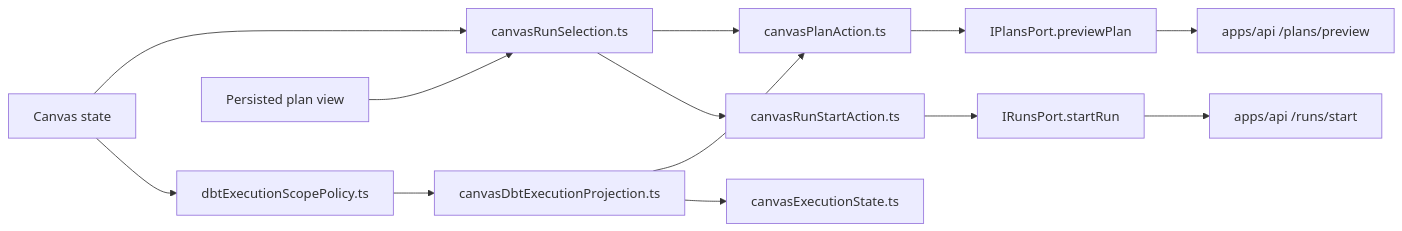
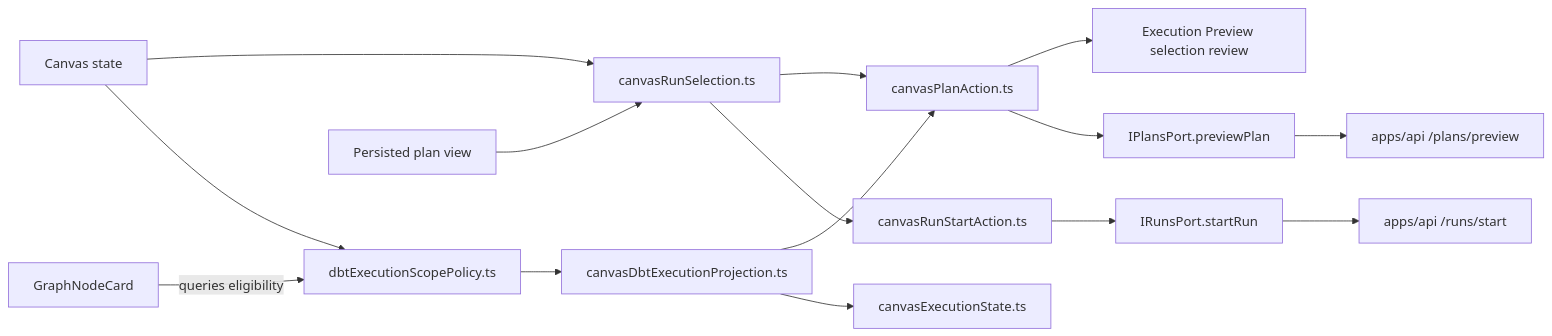
One commit to dunay2/dvt changed the first of 5 diagrams in docs/architecture/components/web/graph/canvas-execution-selection-component.md. Above: the diagram before and after it, drawn with Mermaid. The commit also changed other lines of this file and 1 other file, not shown here.

Commit message:
docs(web): Govern DBT selection intent integrity

````diff
--- a/docs/architecture/components/web/graph/canvas-execution-selection-component.md
+++ b/docs/architecture/components/web/graph/canvas-execution-selection-component.md
@@ -90,15 +105,17 @@
 ```mermaid
 flowchart LR
   Canvas["Canvas state"] --> Selection["canvasRunSelection.ts"]
   Canvas --> DbtPolicy["dbtExecutionScopePolicy.ts"]
+  Card["GraphNodeCard"] -->|queries eligibility| DbtPolicy
   Plan["Persisted plan view"] --> Selection
   Selection --> Preview["canvasPlanAction.ts"]
   DbtPolicy --> Projection["canvasDbtExecutionProjection.ts"]
   Projection --> Preview
+  Preview --> Review["Execution Preview selection review"]
   Projection --> Readiness["canvasExecutionState.ts"]
   Selection --> Run["canvasRunStartAction.ts"]
   Preview --> PlansPort["IPlansPort.previewPlan"]
   Run --> RunsPort["IRunsPort.startRun"]
   PlansPort --> Api["apps/api /plans/preview"]
   RunsPort --> ApiStart["apps/api /runs/start"]
 ```
````
